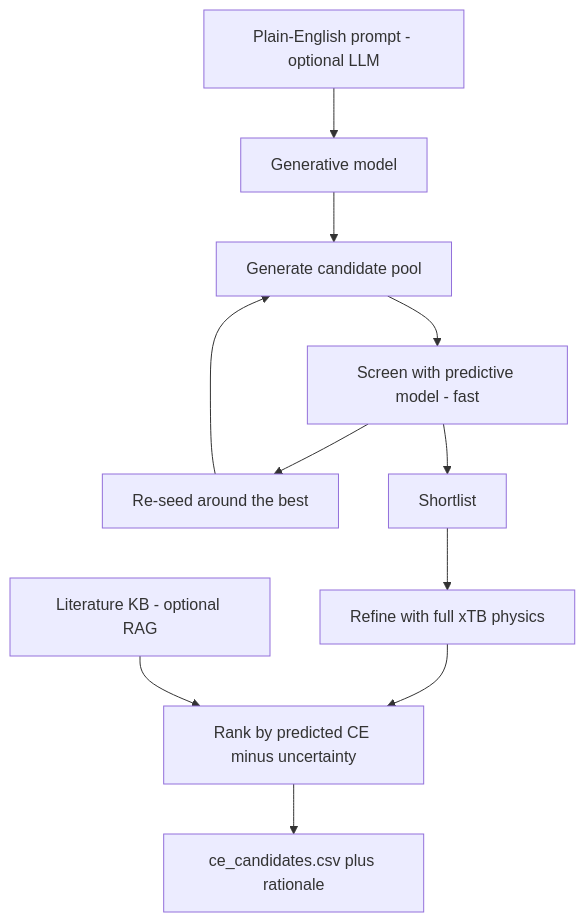
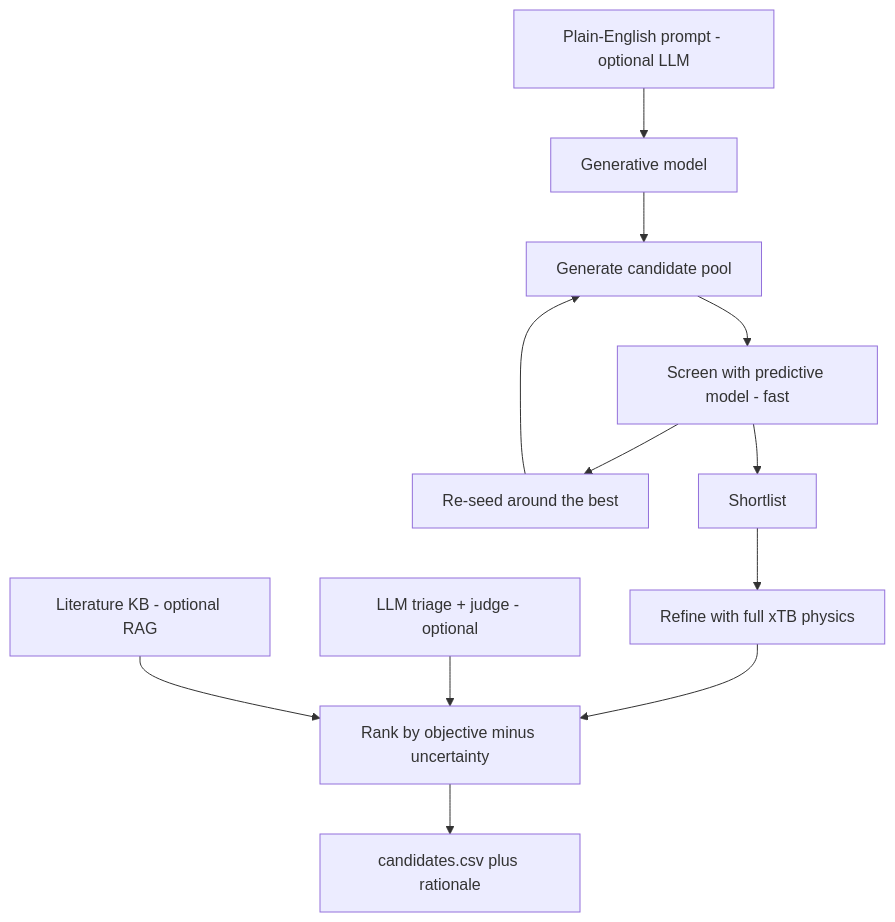
The fourth of 4 diagrams in README.md (NealKapadia/BatteryGen), drawn with Mermaid before and after one commit. The commit also changed other lines of this file and 49 other files, not shown here.

````diff
--- a/README.md
+++ b/README.md
@@ -400,13 +461,14 @@
 ```mermaid
 flowchart TB
     PR["Plain-English prompt - optional LLM"] --> GEN
     GEN["Generative model"] --> POOL["Generate candidate pool"]
     POOL --> SCREEN["Screen with predictive model - fast"]
     SCREEN --> RESEED["Re-seed around the best"]
     RESEED --> POOL
     SCREEN --> SHORT["Shortlist"]
     SHORT --> XTB["Refine with full xTB physics"]
-    XTB --> RANK["Rank by predicted CE minus uncertainty"]
+    XTB --> RANK["Rank by objective minus uncertainty"]
+    LLM["LLM triage + judge - optional"] --> RANK
     KB["Literature KB - optional RAG"] --> RANK
-    RANK --> OUT["ce_candidates.csv plus rationale"]
+    RANK --> OUT["candidates.csv plus rationale"]
 ```
````
